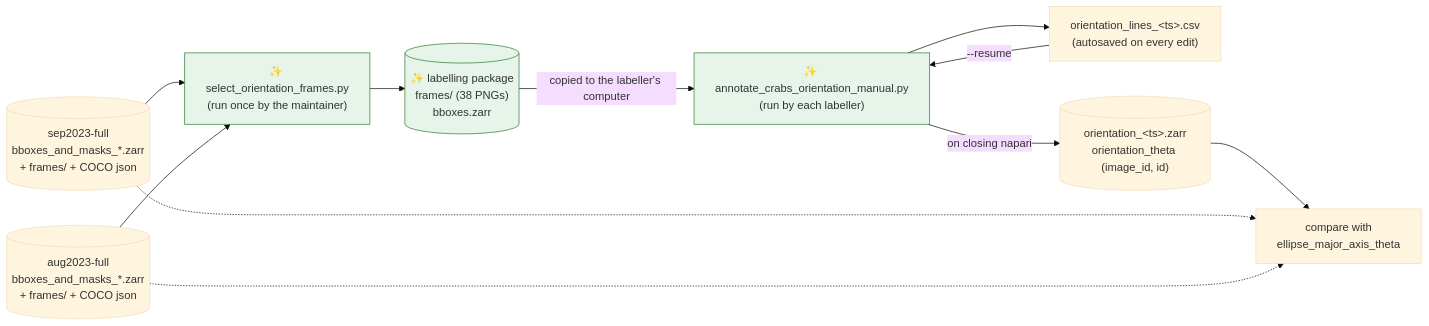
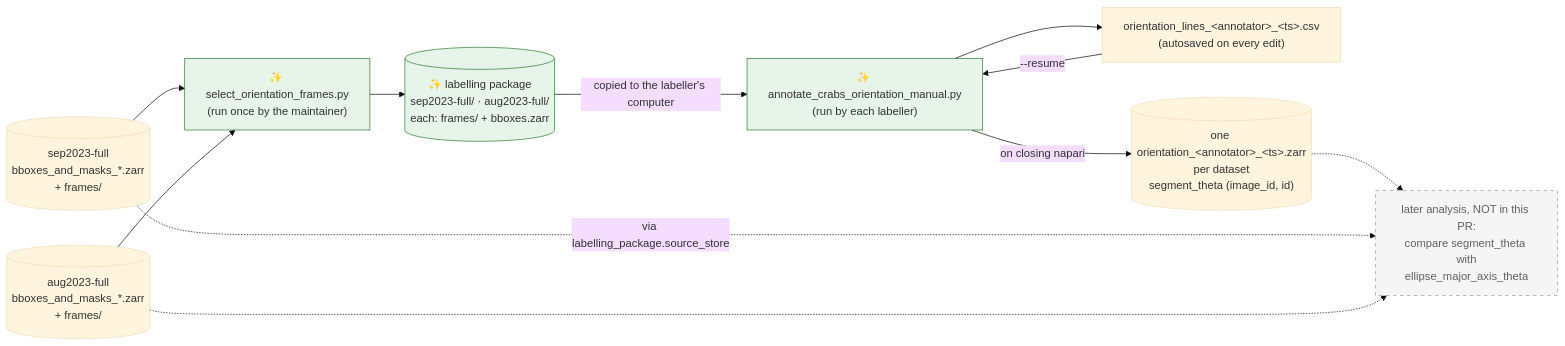
The first of 2 diagrams in claude-plans/proposal-orientation-labelling.md (SainsburyWellcomeCentre/crabs-exploration), drawn with Mermaid (base theme) before and after one commit. The commit also changed other lines of this file, not shown here.

````diff
--- a/claude-plans/proposal-orientation-labelling.md
+++ b/claude-plans/proposal-orientation-labelling.md
@@ -12,30 +14,31 @@
 ```mermaid
 flowchart LR
-    SEP[("sep2023-full<br/>bboxes_and_masks_*.zarr<br/>+ frames/ + COCO json")]
-    AUG[("aug2023-full<br/>bboxes_and_masks_*.zarr<br/>+ frames/ + COCO json")]
+    SEP[("sep2023-full<br/>bboxes_and_masks_*.zarr<br/>+ frames/")]
+    AUG[("aug2023-full<br/>bboxes_and_masks_*.zarr<br/>+ frames/")]
     SEL["✨ select_orientation_frames.py<br/>(run once by the maintainer)"]
-    PKG[("✨ labelling package<br/>frames/ (38 PNGs)<br/>bboxes.zarr")]
+    PKG[("✨ labelling package<br/>sep2023-full/ · aug2023-full/<br/>each: frames/ + bboxes.zarr")]
     ANN["✨ annotate_crabs_orientation_manual.py<br/>(run by each labeller)"]
-    CSV["orientation_lines_&lt;ts&gt;.csv<br/>(autosaved on every edit)"]
-    OUT[("orientation_&lt;ts&gt;.zarr<br/>orientation_theta (image_id, id)")]
-    CMP["compare with<br/>ellipse_major_axis_theta"]
+    CSV["orientation_lines_&lt;annotator&gt;_&lt;ts&gt;.csv<br/>(autosaved on every edit)"]
+    OUT[("one orientation_&lt;annotator&gt;_&lt;ts&gt;.zarr<br/>per dataset<br/>segment_theta (image_id, id)")]
+    CMP["later analysis, NOT in this PR:<br/>compare segment_theta with<br/>ellipse_major_axis_theta"]
 
     SEP --> SEL
     AUG --> SEL
     SEL --> PKG
     PKG -->|copied to the labeller's computer| ANN
     ANN --> CSV
     CSV -->|--resume| ANN
     ANN -->|on closing napari| OUT
-    OUT --> CMP
-    SEP -.-> CMP
+    OUT -.-> CMP
+    SEP -.->|via labelling_package.source_store| CMP
     AUG -.-> CMP
 
     style SEL fill:#e6f4ea,stroke:#2e7d32
     style ANN fill:#e6f4ea,stroke:#2e7d32
     style PKG fill:#e6f4ea,stroke:#2e7d32
+    style CMP fill:#f5f5f5,stroke:#9e9e9e,stroke-dasharray:5 5,color:#616161
 
-    click SEP href "https://github.com/SainsburyWellcomeCentre/crabs-exploration/blob/smg/gt-ellipses-prediction/scripts/generate_masks_from_bboxes.py#L445" _blank
-    click AUG href "https://github.com/SainsburyWellcomeCentre/crabs-exploration/blob/smg/gt-ellipses-prediction/scripts/generate_masks_from_bboxes.py#L445" _blank
-    click CMP href "https://github.com/SainsburyWellcomeCentre/crabs-exploration/blob/smg/gt-ellipses-prediction/scripts/generate_masks_from_bboxes.py#L292" _blank
+    click SEP href "https://github.com/SainsburyWellcomeCentre/crabs-exploration/blob/main/scripts/generate_masks_from_bboxes.py#L564" _blank
+    click AUG href "https://github.com/SainsburyWellcomeCentre/crabs-exploration/blob/main/scripts/generate_masks_from_bboxes.py#L564" _blank
+    click CMP href "https://github.com/SainsburyWellcomeCentre/crabs-exploration/blob/main/scripts/generate_masks_from_bboxes.py#L434" _blank
 ```
````
